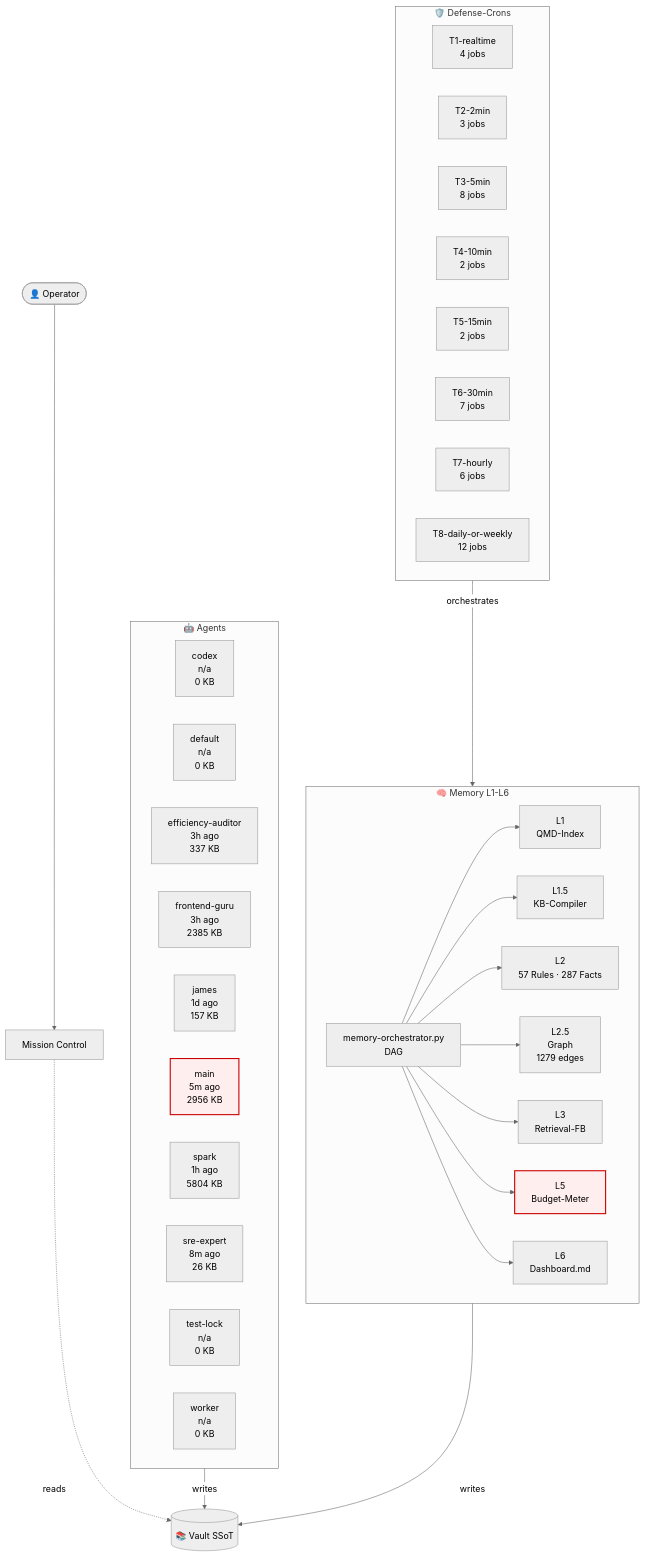
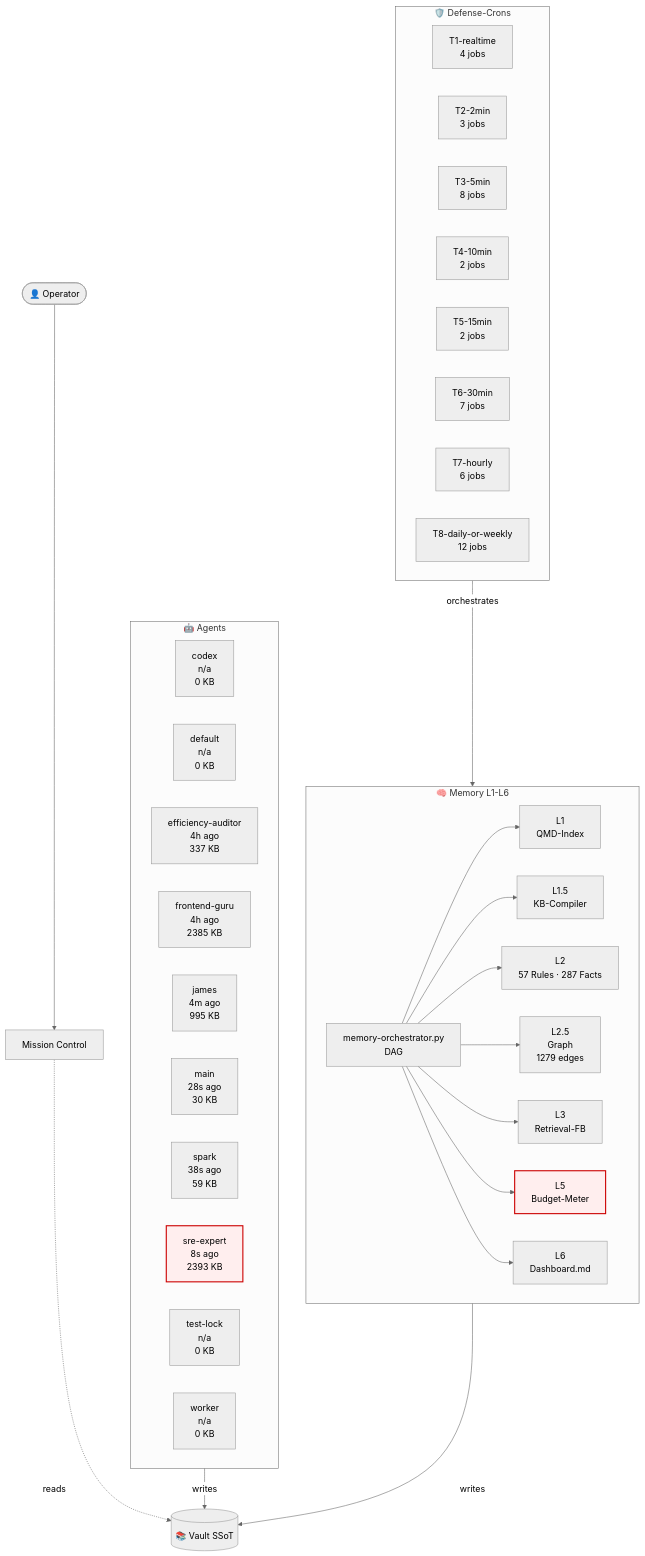
Before and after one commit to lenardhuebner88-rgb/openclaw-memory: the diagram in 03-Agents/architecture-live.md, drawn with Mermaid (neutral theme). The commit also changed other lines of this file and 10 other files, not shown here.

````diff
--- a/03-Agents/architecture-live.md
+++ b/03-Agents/architecture-live.md
@@ -18,53 +18,53 @@
 ```mermaid
 flowchart TB
     classDef critical fill:#fee,stroke:#c00,stroke-width:2px;
     subgraph AGT["🤖 Agents"]
         agent_codex["codex<br/>n/a<br/>0 KB"]
         agent_default["default<br/>n/a<br/>0 KB"]
-        agent_efficiency_auditor["efficiency-auditor<br/>3h ago<br/>337 KB"]
-        agent_frontend_guru["frontend-guru<br/>3h ago<br/>2385 KB"]
-        agent_james["james<br/>1d ago<br/>157 KB"]
-        agent_main["main<br/>5m ago<br/>2956 KB"]
-        agent_spark["spark<br/>1h ago<br/>5804 KB"]
-        agent_sre_expert["sre-expert<br/>8m ago<br/>26 KB"]
+        agent_efficiency_auditor["efficiency-auditor<br/>4h ago<br/>337 KB"]
+        agent_frontend_guru["frontend-guru<br/>4h ago<br/>2385 KB"]
+        agent_james["james<br/>4m ago<br/>995 KB"]
+        agent_main["main<br/>28s ago<br/>30 KB"]
+        agent_spark["spark<br/>38s ago<br/>59 KB"]
+        agent_sre_expert["sre-expert<br/>8s ago<br/>2393 KB"]
         agent_test_lock["test-lock<br/>n/a<br/>0 KB"]
         agent_worker["worker<br/>n/a<br/>0 KB"]
     end
     subgraph MEM["🧠 Memory L1-L6"]
         L1["L1<br/>QMD-Index"]
         L15["L1.5<br/>KB-Compiler"]
         L2["L2<br/>57 Rules · 287 Facts"]
         L25["L2.5<br/>Graph<br/>1279 edges"]
         L3["L3<br/>Retrieval-FB"]
         L5["L5<br/>Budget-Meter"]
         L6["L6<br/>Dashboard.md"]
         ORCH["memory-orchestrator.py<br/>DAG"]
     end
     subgraph CRN["🛡️ Defense-Crons"]
         tier_T1_realtime["T1-realtime<br/>4 jobs"]
         tier_T2_2min["T2-2min<br/>3 jobs"]
         tier_T3_5min["T3-5min<br/>8 jobs"]
         tier_T4_10min["T4-10min<br/>2 jobs"]
         tier_T5_15min["T5-15min<br/>2 jobs"]
         tier_T6_30min["T6-30min<br/>7 jobs"]
         tier_T7_hourly["T7-hourly<br/>6 jobs"]
         tier_T8_daily_or_weekly["T8-daily-or-weekly<br/>12 jobs"]
     end
     VAULT[("📚 Vault SSoT")]
     OP([👤 Operator])
     MC["Mission Control"]
     OP --> MC
     MC -.reads.-> VAULT
     AGT -->|writes| VAULT
     MEM -->|writes| VAULT
     ORCH --> L1
     ORCH --> L15
     ORCH --> L2
     ORCH --> L25
     ORCH --> L3
     ORCH --> L5
     ORCH --> L6
     CRN -->|orchestrates| MEM
     class L5 critical
-    class agent_main critical
+    class agent_sre_expert critical
 ```
````
